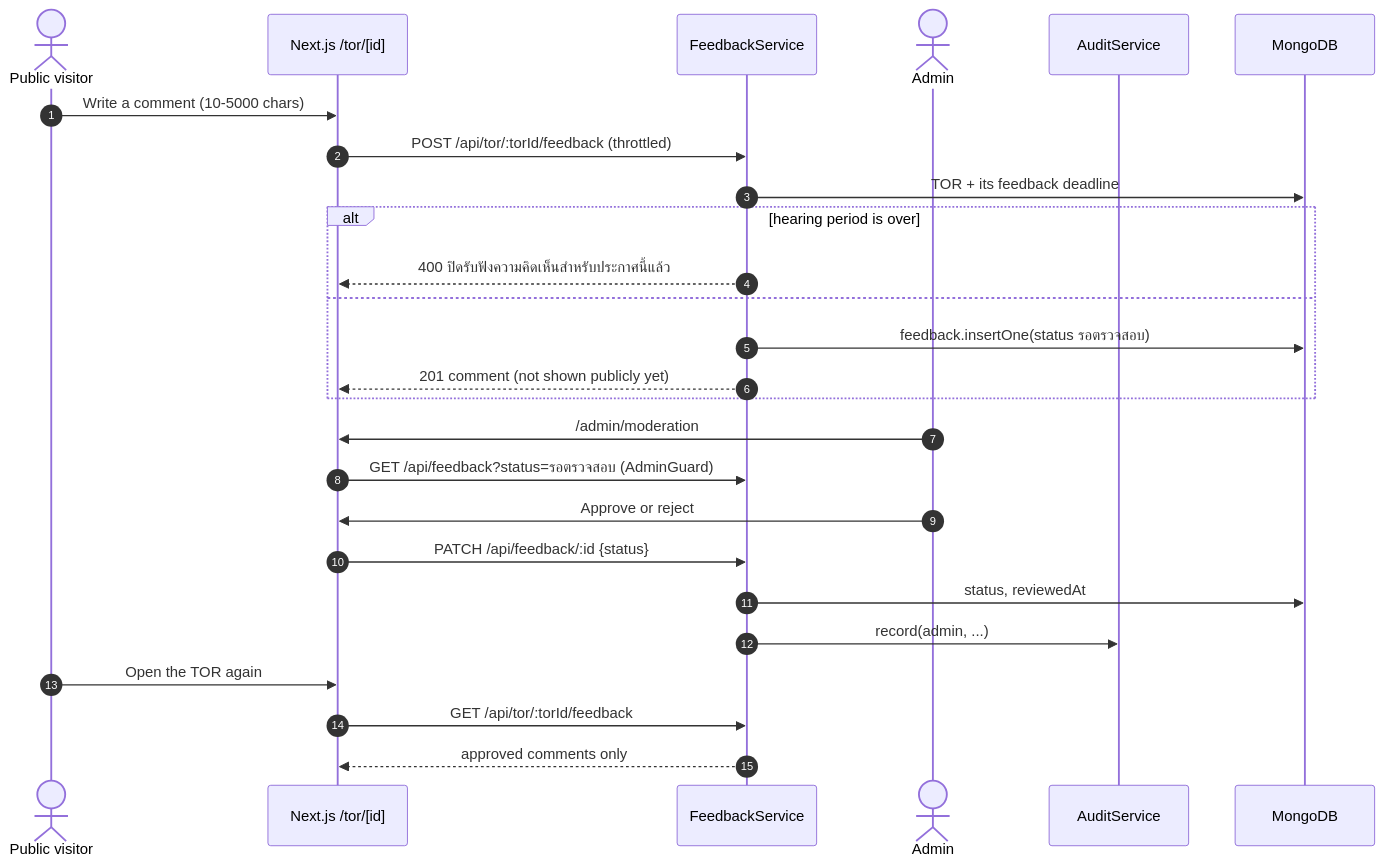
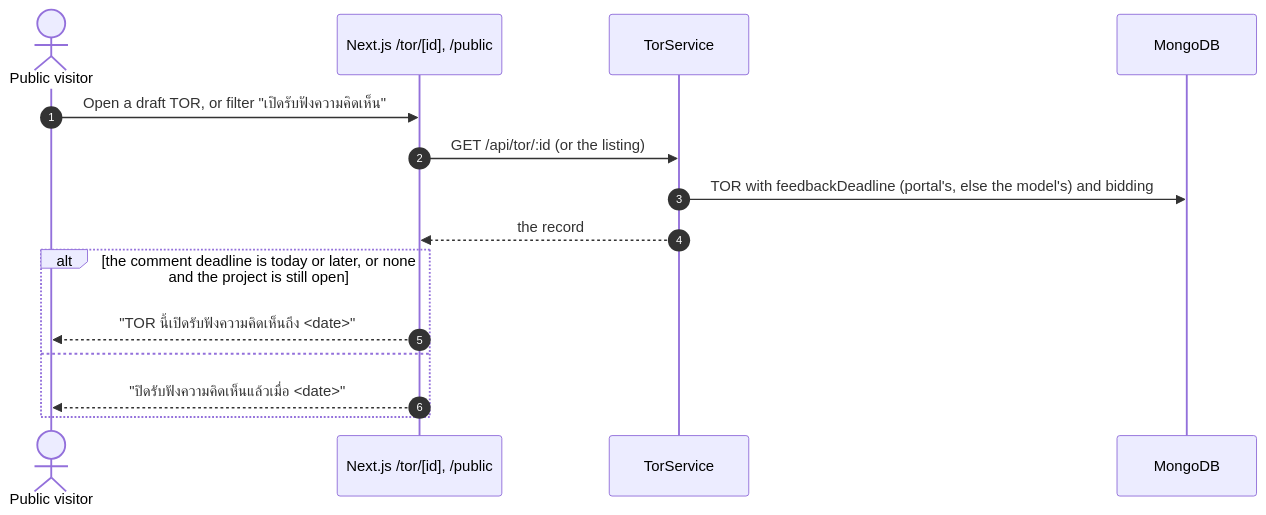
Before and after one commit to PhomMaiWai/TorFinder: the fifth of 7 diagrams in docs/design/sequence-diagrams.md, drawn with Mermaid. The commit also changed other lines of this file and 47 other files, not shown here.

Commit message:
refactor: remove public comments and their moderation (FR-19, FR-23)

````diff
--- a/docs/design/sequence-diagrams.md
+++ b/docs/design/sequence-diagrams.md
@@ -216,31 +220,18 @@
 ```mermaid
 sequenceDiagram
     autonumber
     actor P as Public visitor
-    participant N as Next.js /tor/[id]
-    participant F as FeedbackService
-    actor Ad as Admin
-    participant Audit as AuditService
+    participant N as Next.js /tor/[id], /public
+    participant T as TorService
     participant DB as MongoDB
 
-    P->>N: Write a comment (10-5000 chars)
-    N->>F: POST /api/tor/:torId/feedback (throttled)
-    F->>DB: TOR + its feedback deadline
-    alt hearing period is over
-        F-->>N: 400 ปิดรับฟังความคิดเห็นสำหรับประกาศนี้แล้ว
+    P->>N: Open a draft TOR, or filter "เปิดรับฟังความคิดเห็น"
+    N->>T: GET /api/tor/:id (or the listing)
+    T->>DB: TOR with feedbackDeadline (portal's, else the model's) and bidding
+    T-->>N: the record
+    alt the comment deadline is today or later, or none and the project is still open
+        N-->>P: "TOR นี้เปิดรับฟังความคิดเห็นถึง <date>"
     else
-        F->>DB: feedback.insertOne(status รอตรวจสอบ)
-        F-->>N: 201 comment (not shown publicly yet)
+        N-->>P: "ปิดรับฟังความคิดเห็นแล้วเมื่อ <date>"
     end
-
-    Ad->>N: /admin/moderation
-    N->>F: GET /api/feedback?status=รอตรวจสอบ (AdminGuard)
-    Ad->>N: Approve or reject
-    N->>F: PATCH /api/feedback/:id {status}
-    F->>DB: status, reviewedAt
-    F->>Audit: record(admin, ...)
-
-    P->>N: Open the TOR again
-    N->>F: GET /api/tor/:torId/feedback
-    F-->>N: approved comments only
 ```
````
